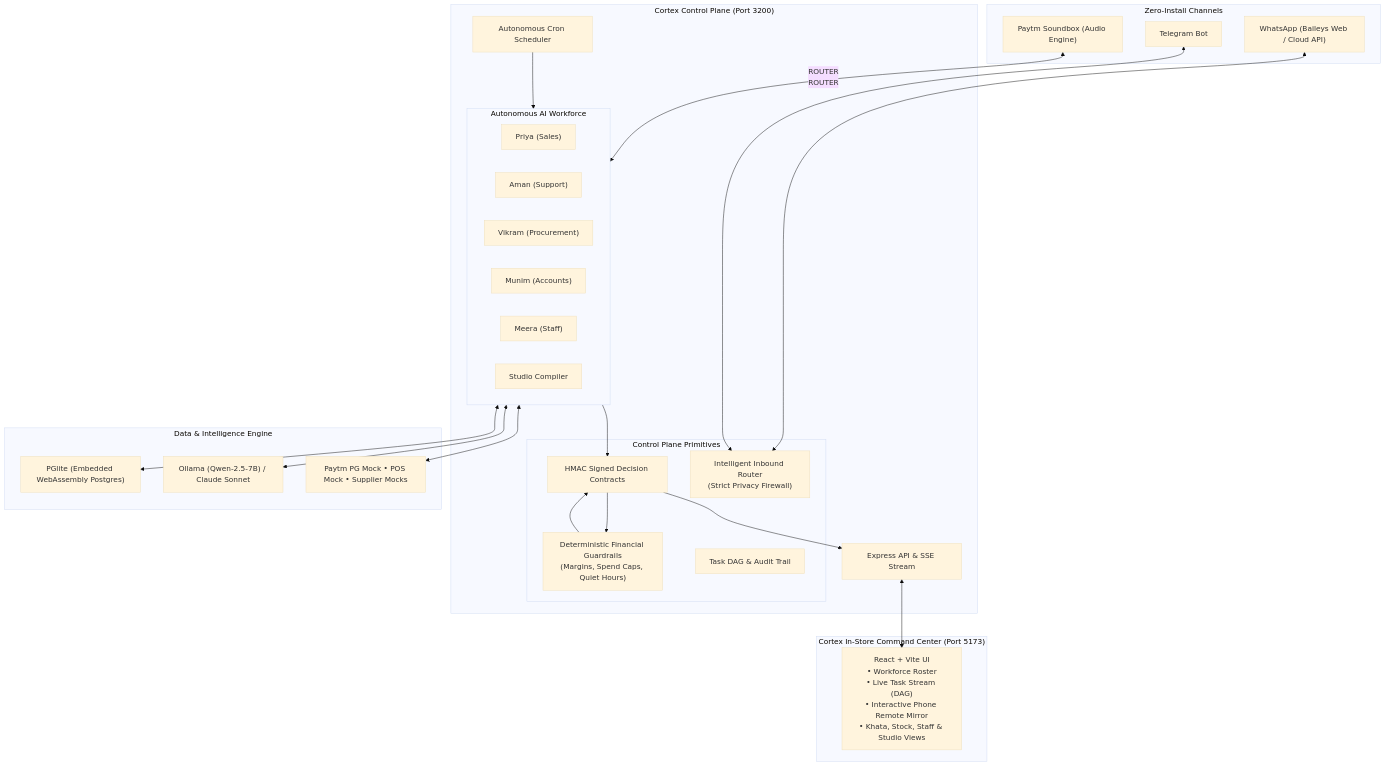
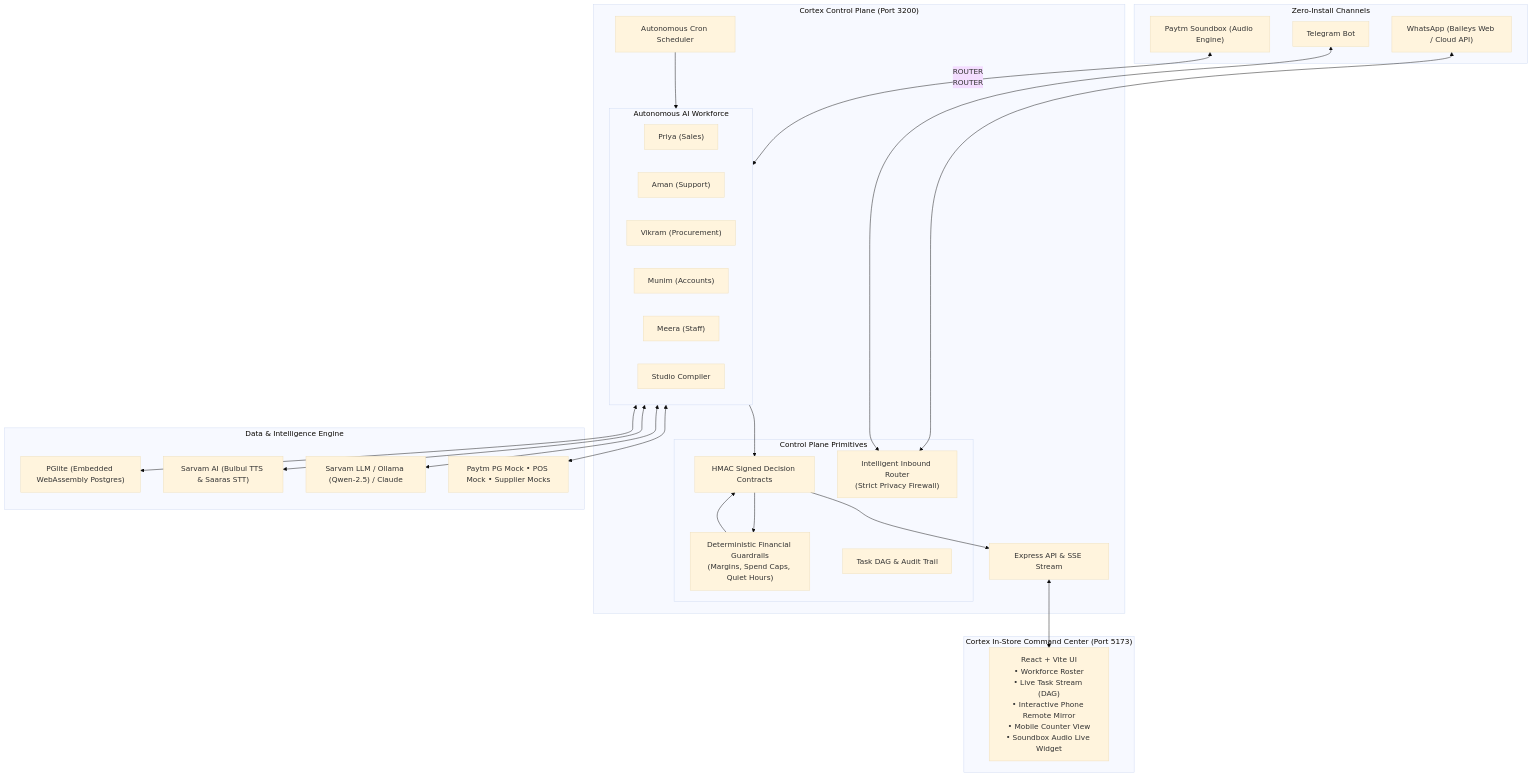
The diagram in cortex/README.md (Hackmaass/PaytmHackathonPune), drawn with Mermaid (base theme) before and after one commit. The commit also changed other lines of this file and 1 other file, not shown here.

Commit message:
docs: update README with PaytmHackathonPune, Sarvam AI voice engine, and mobile counter mode

````diff
--- a/cortex/README.md
+++ b/cortex/README.md
@@ -48,53 +49,55 @@
 ```mermaid
 flowchart TB
     subgraph Channels["Zero-Install Channels"]
         WA["WhatsApp (Baileys Web / Cloud API)"]
         TG["Telegram Bot"]
         SB["Paytm Soundbox (Audio Engine)"]
     end
 
     subgraph Desktop["Cortex In-Store Command Center (Port 5173)"]
-        UI["React + Vite UI<br/>• Workforce Roster<br/>• Live Task Stream (DAG)<br/>• Interactive Phone Remote Mirror<br/>• Khata, Stock, Staff & Studio Views"]
+        UI["React + Vite UI<br/>• Workforce Roster<br/>• Live Task Stream (DAG)<br/>• Interactive Phone Remote Mirror<br/>• Mobile Counter View<br/>• Soundbox Audio Live Widget"]
     end
 
     subgraph Server["Cortex Control Plane (Port 3200)"]
         API["Express API & SSE Stream"]
         SCHED["Autonomous Cron Scheduler"]
         
         subgraph Agents["Autonomous AI Workforce"]
             P["Priya (Sales)"]
             A["Aman (Support)"]
             V["Vikram (Procurement)"]
             M["Munim (Accounts)"]
             ME["Meera (Staff)"]
             ST["Studio Compiler"]
         end
 
         subgraph Core["Control Plane Primitives"]
             DEC["HMAC Signed Decision Contracts"]
             GRD["Deterministic Financial Guardrails<br/>(Margins, Spend Caps, Quiet Hours)"]
             DAG["Task DAG & Audit Trail"]
             ROUTER["Intelligent Inbound Router<br/>(Strict Privacy Firewall)"]
         end
     end
 
     subgraph StorageAI["Data & Intelligence Engine"]
         PG["PGlite (Embedded WebAssembly Postgres)"]
-        LLM["Ollama (Qwen-2.5-7B) / Claude Sonnet"]
+        VOICE["Sarvam AI (Bulbul TTS & Saaras STT)"]
+        LLM["Sarvam LLM / Ollama (Qwen-2.5) / Claude"]
         MOCKS["Paytm PG Mock • POS Mock • Supplier Mocks"]
     end
 
     WA <--> ROUTER
     TG <--> ROUTER
     SB <-- ROUTER
     ROUTER --> Agents
     Agents --> DEC
     DEC --> GRD
     GRD --> DEC
     DEC --> API
     API <--> UI
     SCHED --> Agents
     Agents <--> LLM
+    Agents <--> VOICE
     Agents <--> PG
     Agents <--> MOCKS
 ```
````
